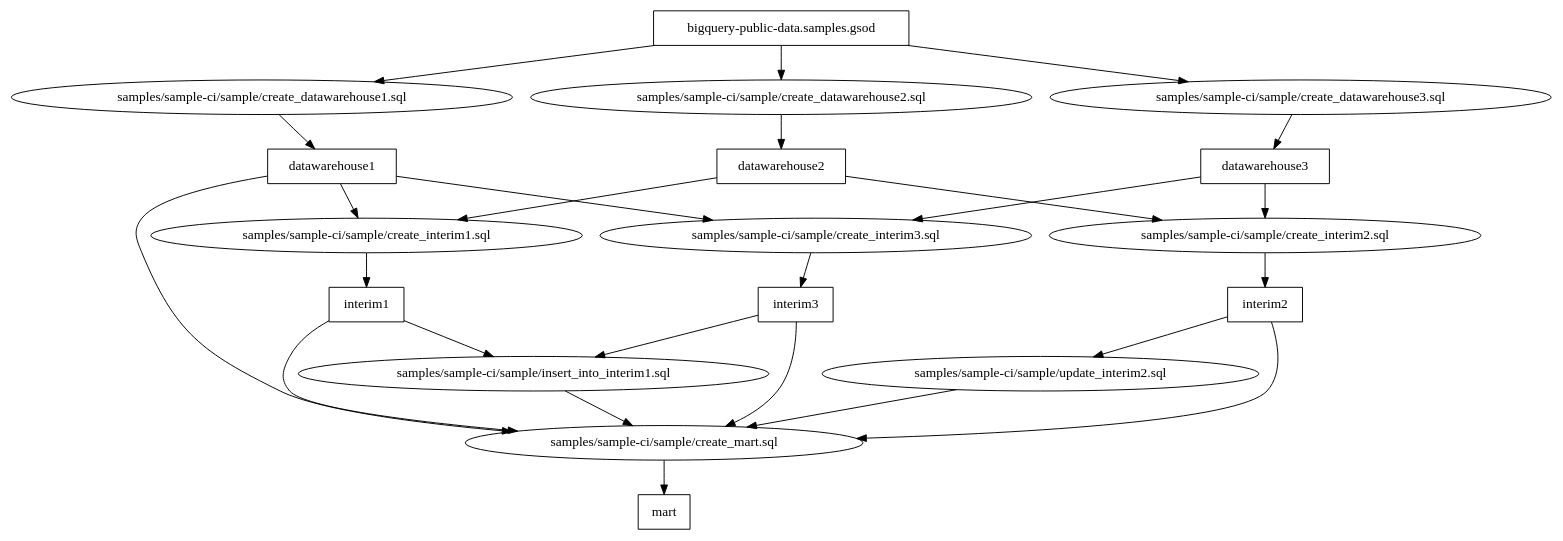
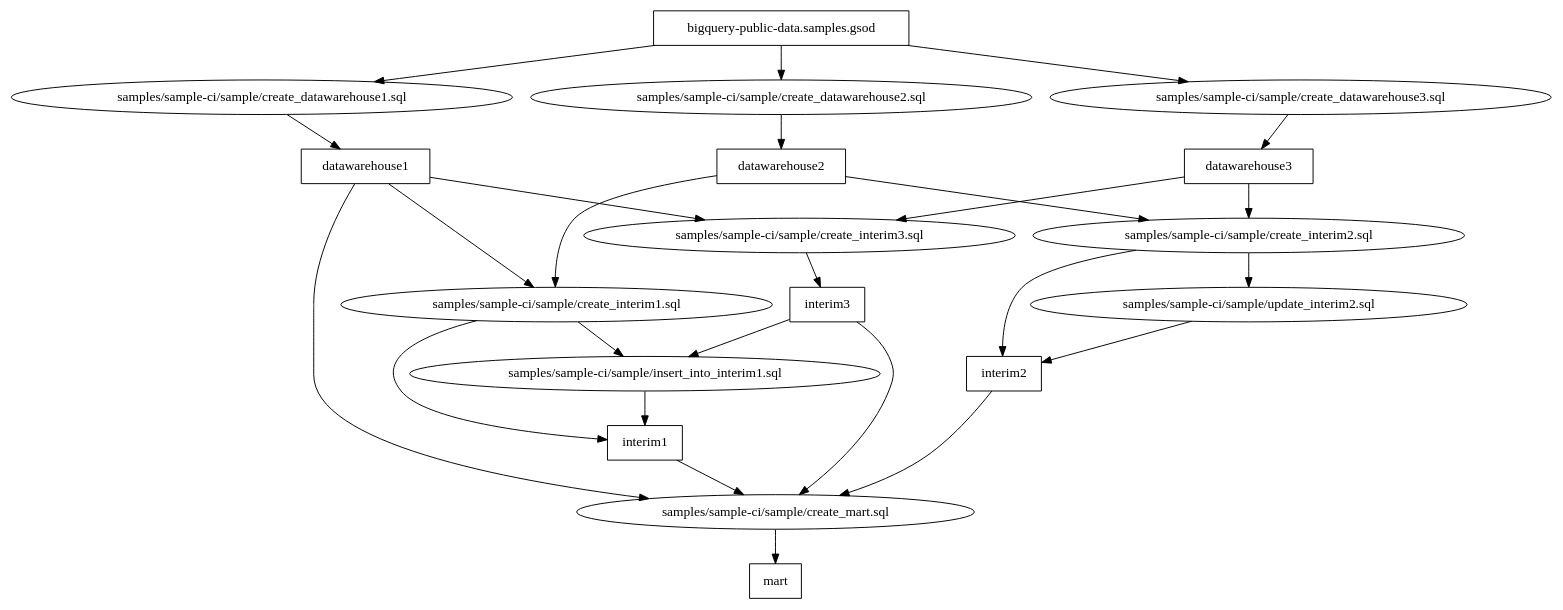
The diagram in samples/sample-ci/side_effect_first_with_tables/dag.dot (Matts966/alphasql), drawn with Graphviz before and after one commit. The commit also changed 8 other files, not shown here.

```diff
--- a/samples/sample-ci/side_effect_first_with_tables/dag.dot
+++ b/samples/sample-ci/side_effect_first_with_tables/dag.dot
@@ -1,44 +1,44 @@
 digraph G {
 0 [label="samples/sample-ci/sample/create_datawarehouse1.sql", shape="", type=query];
 1 [label="samples/sample-ci/sample/create_datawarehouse2.sql", shape="", type=query];
 2 [label="samples/sample-ci/sample/create_datawarehouse3.sql", shape="", type=query];
 3 [label="samples/sample-ci/sample/create_interim1.sql", shape="", type=query];
 4 [label="samples/sample-ci/sample/create_interim2.sql", shape="", type=query];
 5 [label="samples/sample-ci/sample/create_interim3.sql", shape="", type=query];
 6 [label="samples/sample-ci/sample/create_mart.sql", shape="", type=query];
 7 [label="samples/sample-ci/sample/insert_into_interim1.sql", shape="", type=query];
 8 [label="samples/sample-ci/sample/update_interim2.sql", shape="", type=query];
 9 [label="bigquery-public-data.samples.gsod", shape=box, type=table];
 10 [label=datawarehouse1, shape=box, type=table];
 11 [label=datawarehouse2, shape=box, type=table];
 12 [label=datawarehouse3, shape=box, type=table];
 13 [label=interim1, shape=box, type=table];
 14 [label=interim2, shape=box, type=table];
 15 [label=interim3, shape=box, type=table];
 16 [label=mart, shape=box, type=table];
 0->10 ;
 1->11 ;
 2->12 ;
+3->7 ;
 3->13 ;
+4->8 ;
 4->14 ;
 5->15 ;
 6->16 ;
-7->6 ;
-8->6 ;
+7->13 ;
+8->14 ;
 9->0 ;
 9->2 ;
 9->1 ;
 10->3 ;
 10->5 ;
 10->6 ;
 11->3 ;
 11->4 ;
 12->5 ;
 12->4 ;
-13->7 ;
 13->6 ;
-14->8 ;
 14->6 ;
 15->7 ;
 15->6 ;
 }
```
